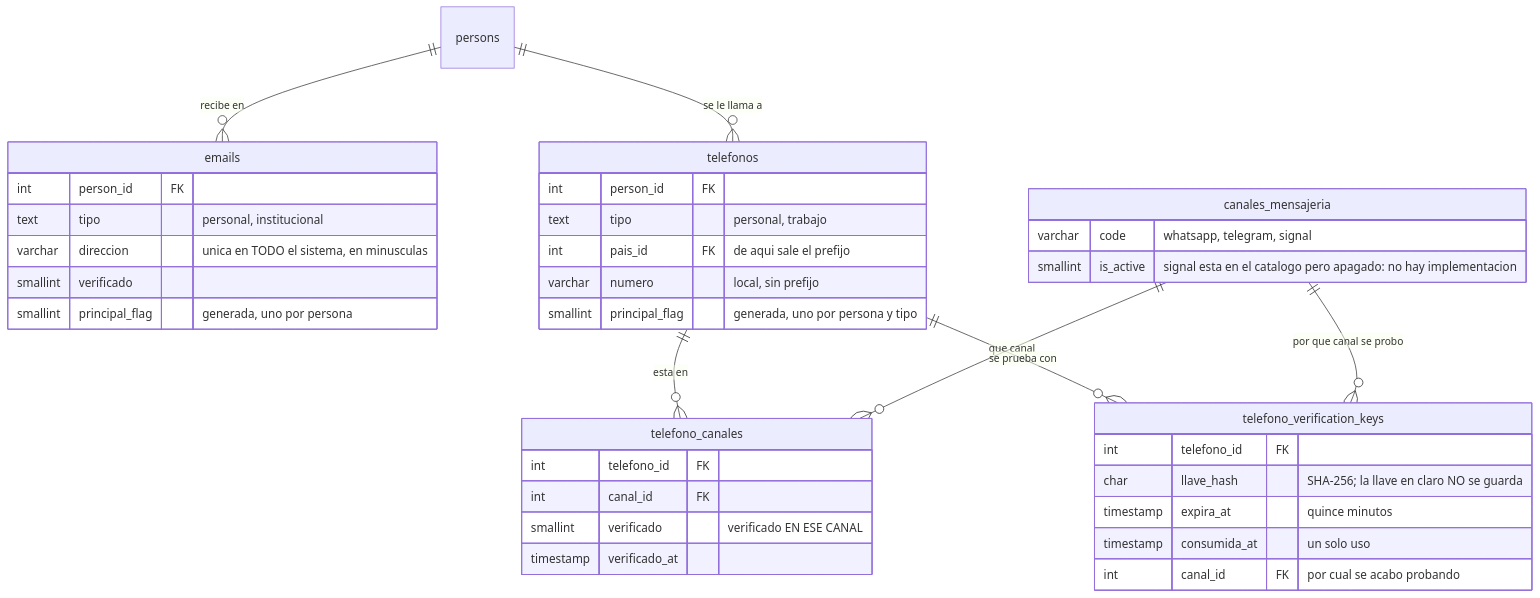
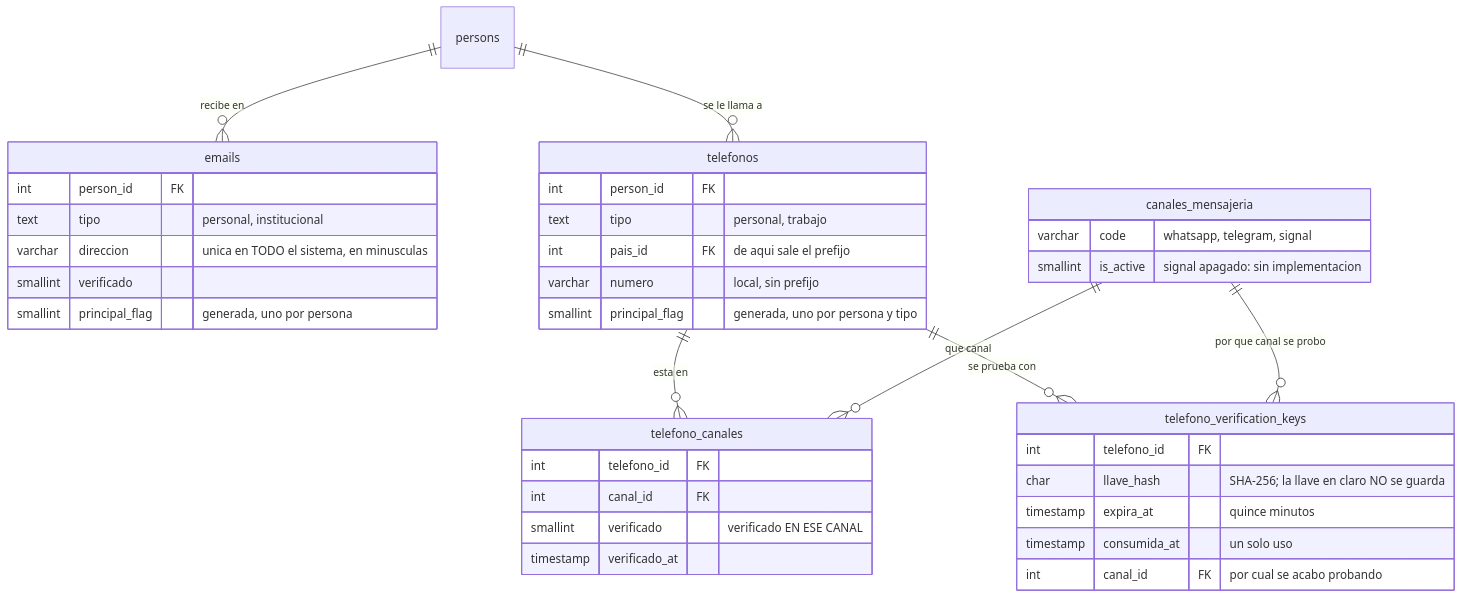
One commit to fresvel/deasy changed the second of 4 diagrams in docs/src/content/docs/modelo/organizacion.md. Above: the diagram before and after it, drawn with Mermaid. The commit also changed 1 other file, not shown here.

Commit message:
docs(modelo): «Cómo se te localiza» vuelve a leerse — y el mapa de la cadena deja de contar dieciocho
organizacion.md, SOLO su bloque mermaid «Cómo se te localiza»: medía 11,35 px de
letra efectiva en la columna de 1317 px, por debajo de 12. El ancho lo marcaba la
segunda fila, con tres cajas: emails, telefonos y canales_mensajeria, cuyo
comentario ocupaba 62 caracteres. Con el comentario abreviado sin perder nada (el
mismo bloque ya lista signal en `code`) y nodePlacementStrategy SIMPLE: 13,06 px.
Sin tocar el contenido no pasaba ninguna estrategia (11,3 a 11,6). Los otros tres
diagramas de la página no cambian: 14,3 · 16 · 12,9.

mapa-completo.md: «las dieciocho tablas de la identidad» no cuadraba con ningún
recuento; lo que la frase enumeraba son 15. Se reescribe sobre recuentos
comprobados: 55 fuera de la cadena = 8 empleo + 8 RBAC + 6 chat + 2 sueltas +
31 de la persona. «Una arista» también era falso: la cadena tiene cuatro claves
ajenas hacia esas tablas, y todas salen de persons.

Claude-Session: https://claude.ai/code/session_01RZoQm8wv4xBQE4pCpRQuDm

````diff
--- a/docs/src/content/docs/modelo/organizacion.md
+++ b/docs/src/content/docs/modelo/organizacion.md
@@ -268,41 +268,46 @@
 ```mermaid
+---
+config:
+  elk:
+    nodePlacementStrategy: SIMPLE
+---
 erDiagram
   persons ||--o{ emails : "recibe en"
   persons ||--o{ telefonos : "se le llama a"
   telefonos ||--o{ telefono_canales : "esta en"
   canales_mensajeria ||--o{ telefono_canales : "que canal"
   telefonos ||--o{ telefono_verification_keys : "se prueba con"
   canales_mensajeria ||--o{ telefono_verification_keys : "por que canal se probo"
 
   emails {
     int person_id FK
     text tipo "personal, institucional"
     varchar direccion "unica en TODO el sistema, en minusculas"
     smallint verificado
     smallint principal_flag "generada, uno por persona"
   }
   telefonos {
     int person_id FK
     text tipo "personal, trabajo"
     int pais_id FK "de aqui sale el prefijo"
     varchar numero "local, sin prefijo"
     smallint principal_flag "generada, uno por persona y tipo"
   }
   telefono_canales {
     int telefono_id FK
     int canal_id FK
     smallint verificado "verificado EN ESE CANAL"
     timestamp verificado_at
   }
   canales_mensajeria {
     varchar code "whatsapp, telegram, signal"
-    smallint is_active "signal esta en el catalogo pero apagado: no hay implementacion"
+    smallint is_active "signal apagado: sin implementacion"
   }
   telefono_verification_keys {
     int telefono_id FK
     char llave_hash "SHA-256; la llave en claro NO se guarda"
     timestamp expira_at "quince minutos"
     timestamp consumida_at "un solo uso"
     int canal_id FK "por cual se acabo probando"
   }
 ```
````
